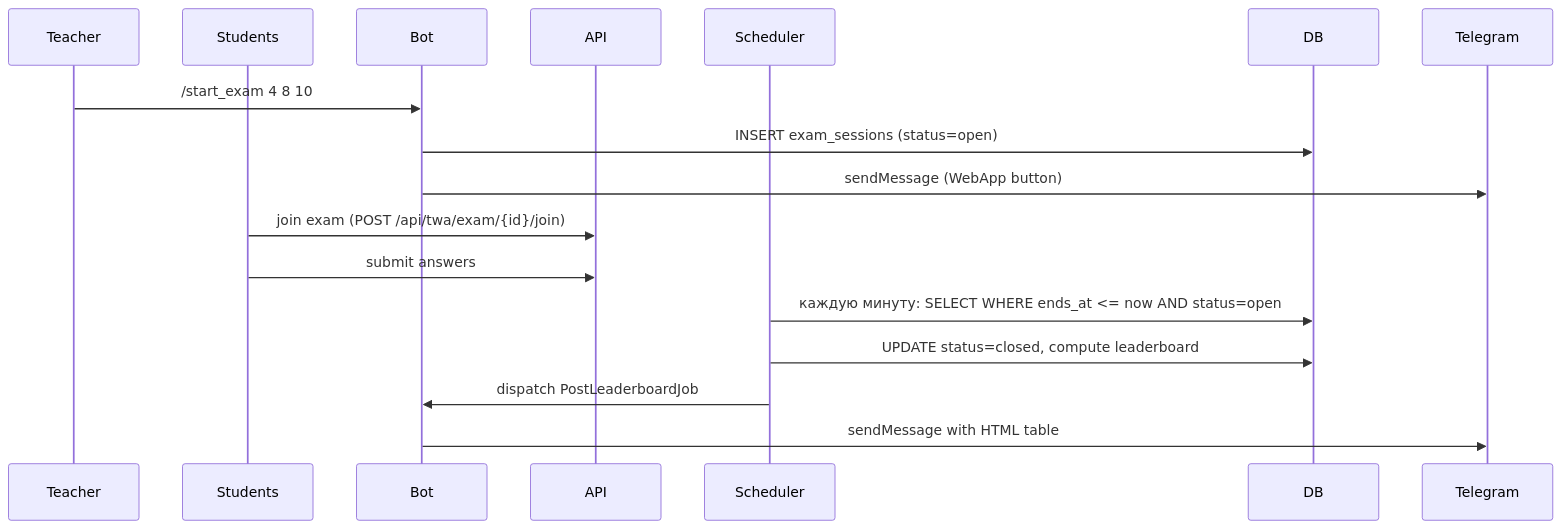
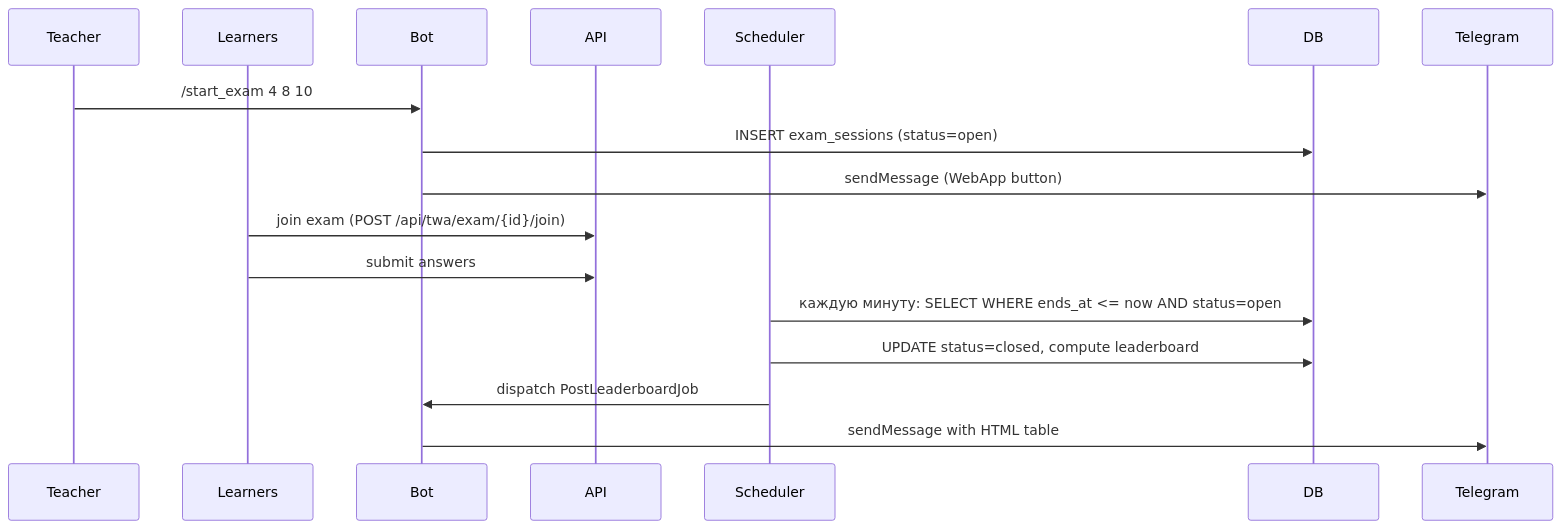
Before and after one commit to AsadbekRahimov/flash-cards: the fourth of 4 diagrams in docs/02_ARCHITECTURE.md, drawn with Mermaid. The commit also changed other lines of this file and 8 other files, not shown here.

First line of the commit message:
docs: learner-first schema, JWT v2, membership policies, ADR-8 (Sprint 14, task 1.1b, 5/5)

````diff
--- a/docs/02_ARCHITECTURE.md
+++ b/docs/02_ARCHITECTURE.md
@@ -168,19 +168,19 @@
 ```mermaid
 sequenceDiagram
     participant T as Teacher
-    participant S as Students
+    participant S as Learners
     participant B as Bot
     participant API
     participant Q as Scheduler
     participant DB
 
     T->>B: /start_exam 4 8 10
     B->>DB: INSERT exam_sessions (status=open)
     B->>Telegram: sendMessage (WebApp button)
     S->>API: join exam (POST /api/twa/exam/{id}/join)
     S->>API: submit answers
     Q->>DB: каждую минуту: SELECT WHERE ends_at <= now AND status=open
     Q->>DB: UPDATE status=closed, compute leaderboard
     Q->>B: dispatch PostLeaderboardJob
     B->>Telegram: sendMessage with HTML table
 ```
````
